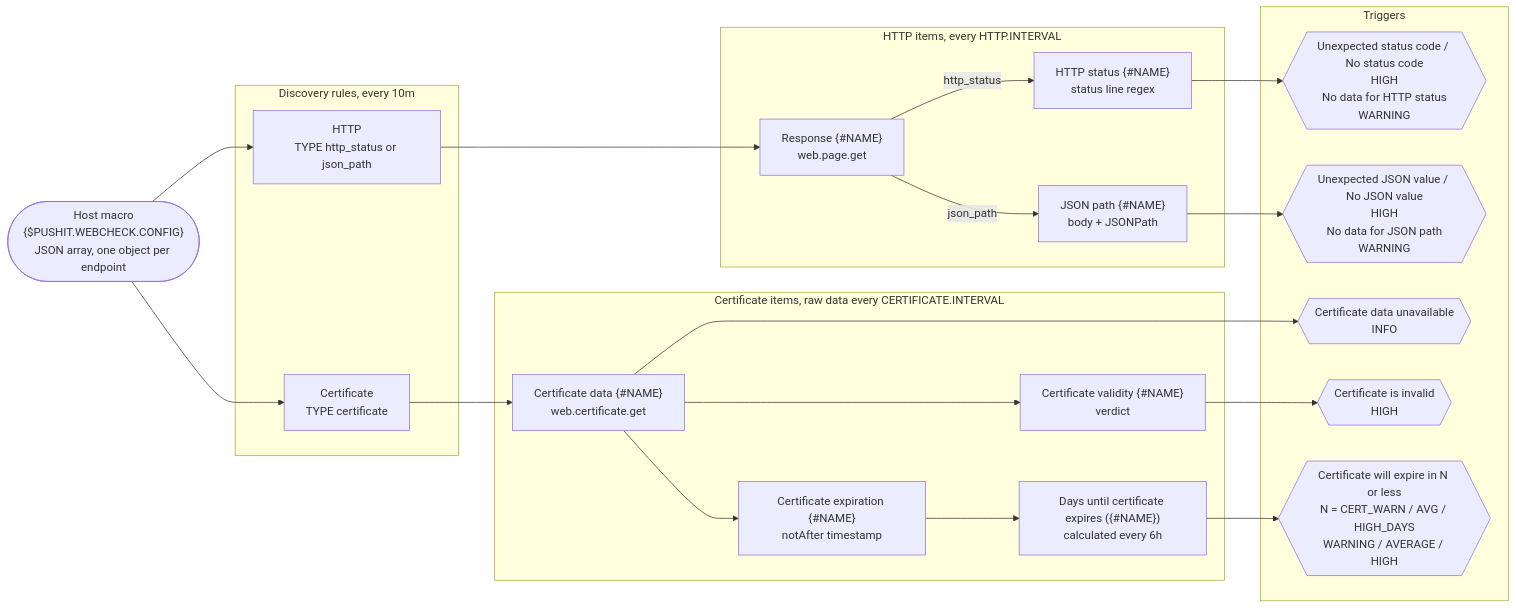
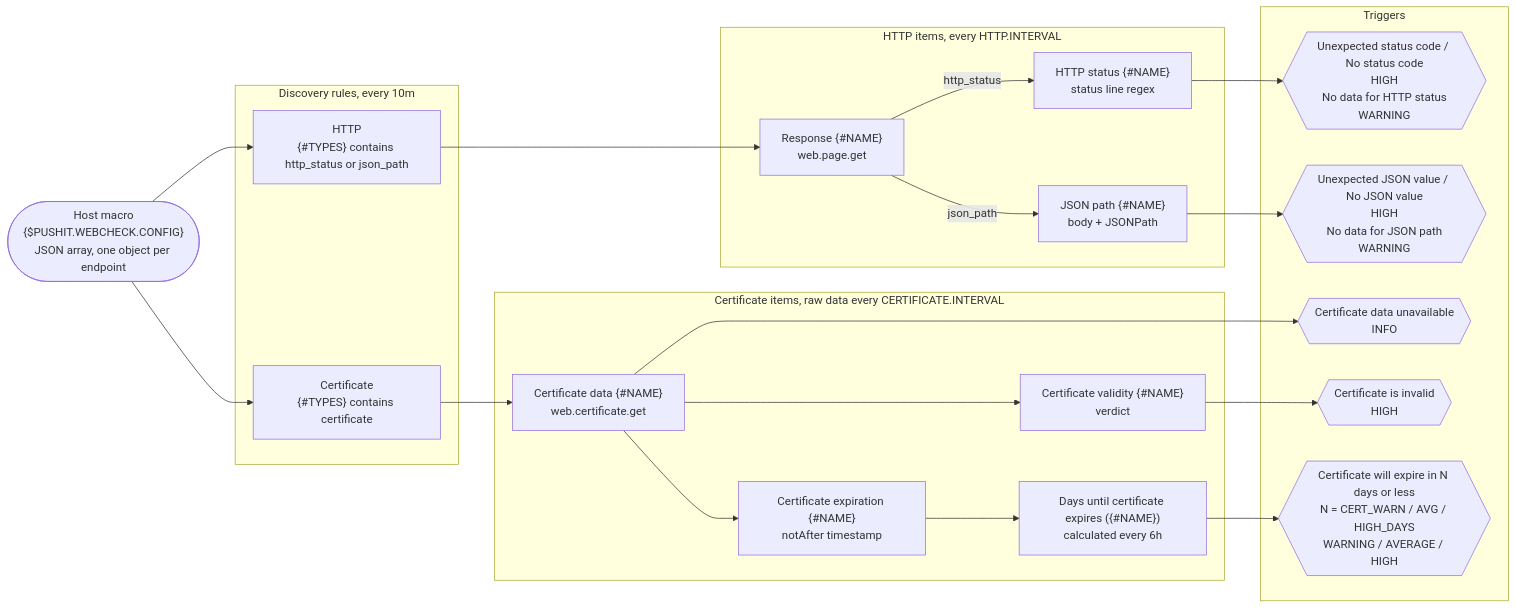
Before and after one commit to we-push-it/zabbix-web-check: the diagram in README.md, drawn with Mermaid. The commit also changed other lines of this file and 1 other file, not shown here.

````diff
--- a/README.md
+++ b/README.md
@@ -53,43 +53,43 @@
 ```mermaid
 flowchart LR
     CFG(["Host macro<br/>{$PUSHIT.WEBCHECK.CONFIG}<br/>JSON array, one object per endpoint"])
 
     subgraph LLD ["Discovery rules, every 10m"]
-        DH["HTTP<br/>TYPE http_status or json_path"]
-        DC["Certificate<br/>TYPE certificate"]
+        DH["HTTP<br/>{#TYPES} contains http_status or json_path"]
+        DC["Certificate<br/>{#TYPES} contains certificate"]
     end
 
     subgraph HI ["HTTP items, every HTTP.INTERVAL"]
         RAW["Response {#NAME}<br/>web.page.get"]
         ST["HTTP status {#NAME}<br/>status line regex"]
         JP["JSON path {#NAME}<br/>body + JSONPath"]
     end
 
     subgraph CI ["Certificate items, raw data every CERTIFICATE.INTERVAL"]
         CRAW["Certificate data {#NAME}<br/>web.certificate.get"]
         NA["Certificate expiration {#NAME}<br/>notAfter timestamp"]
         VAL["Certificate validity {#NAME}<br/>verdict"]
         DAYS["Days until certificate expires ({#NAME})<br/>calculated every 6h"]
     end
 
     subgraph TRG ["Triggers"]
         T1{{"Unexpected status code / No status code<br/>HIGH<br/>No data for HTTP status<br/>WARNING"}}
         T2{{"Unexpected JSON value / No JSON value<br/>HIGH<br/>No data for JSON path<br/>WARNING"}}
         T3{{"Certificate data unavailable<br/>INFO"}}
         T4{{"Certificate is invalid<br/>HIGH"}}
-        T5{{"Certificate will expire in N or less<br/>N = CERT_WARN / AVG / HIGH_DAYS<br/>WARNING / AVERAGE / HIGH"}}
+        T5{{"Certificate will expire in N days or less<br/>N = CERT_WARN / AVG / HIGH_DAYS<br/>WARNING / AVERAGE / HIGH"}}
     end
 
     CFG --> DH & DC
     DH --> RAW
     RAW -->|http_status| ST
     RAW -->|json_path| JP
     DC --> CRAW
     CRAW --> NA & VAL
     NA --> DAYS
     ST --> T1
     JP --> T2
     CRAW --> T3
     VAL --> T4
     DAYS --> T5
 ```
````
